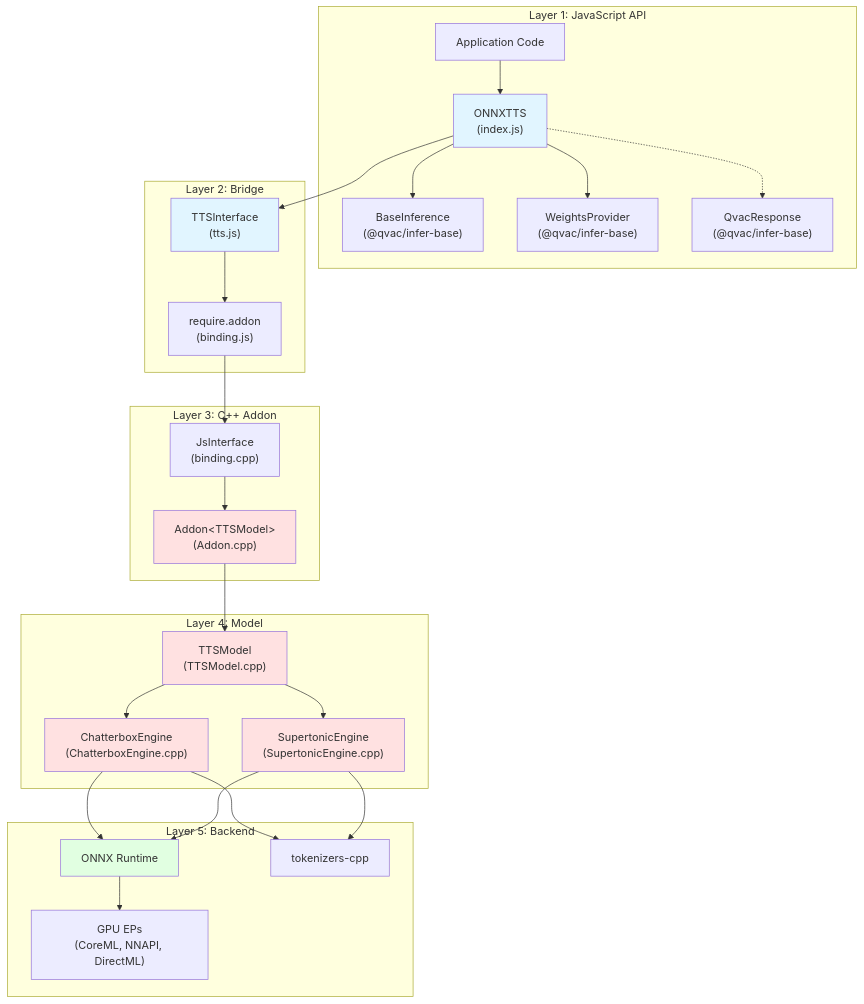
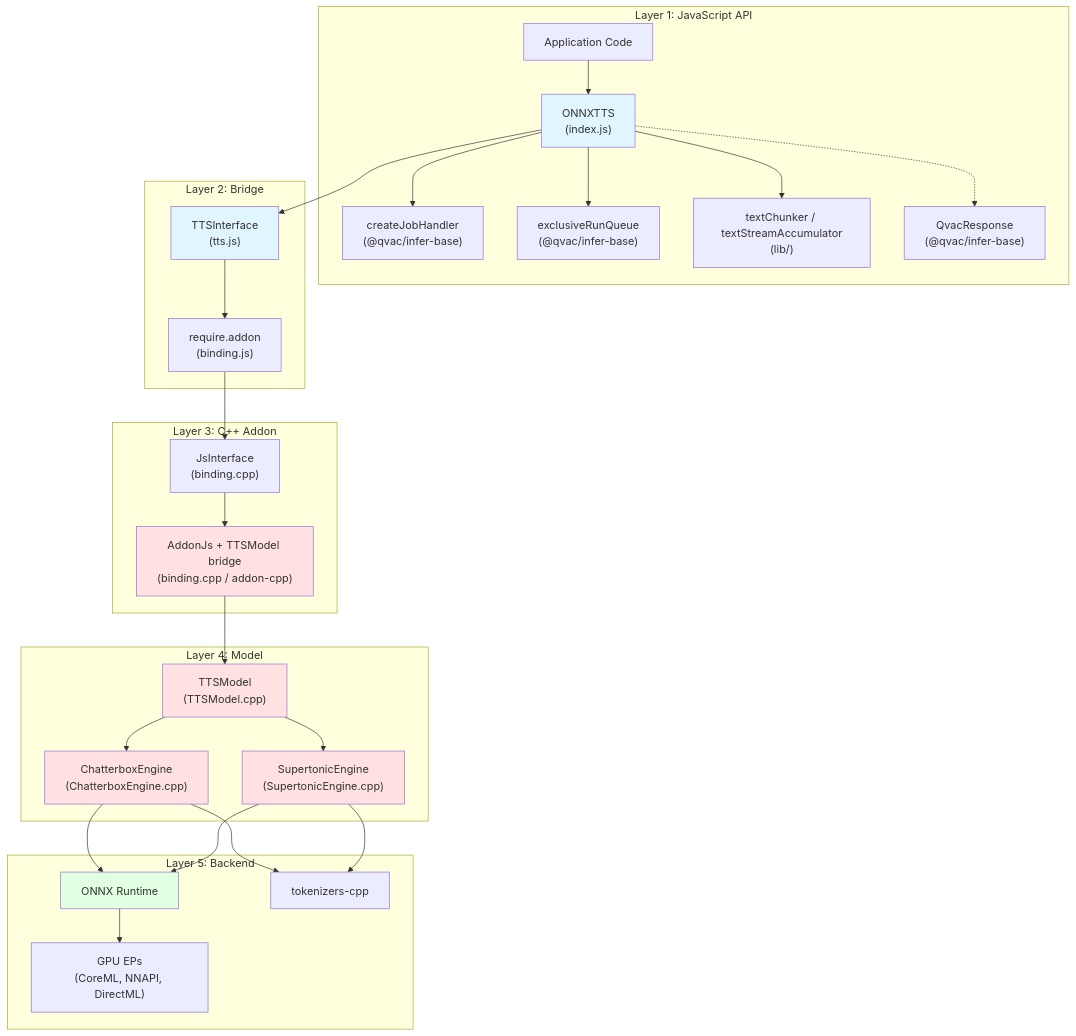
The third of 4 diagrams in packages/tts-onnx/docs/architecture.md (tetherto/qvac), drawn with Mermaid before and after one commit. The commit also changed other lines of this file and 7 other files, not shown here.

First line of the commit message:
doc: refresh inference addon architecture docs

````diff
--- a/packages/tts-onnx/docs/architecture.md
+++ b/packages/tts-onnx/docs/architecture.md
@@ -228,61 +228,63 @@
 ```mermaid
 graph TB
     subgraph "Layer 1: JavaScript API"
         APP["Application Code"]
         TTSCLASS["ONNXTTS<br/>(index.js)"]
-        BASEINF["BaseInference<br/>(@qvac/infer-base)"]
-        WEIGHTSPR["WeightsProvider<br/>(@qvac/infer-base)"]
+        JOBH["createJobHandler<br/>(@qvac/infer-base)"]
+        RUNQ["exclusiveRunQueue<br/>(@qvac/infer-base)"]
+        CHUNKER["textChunker / textStreamAccumulator<br/>(lib/)"]
         RESPONSE["QvacResponse<br/>(@qvac/infer-base)"]
     end
 
     subgraph "Layer 2: Bridge"
         TTSIF["TTSInterface<br/>(tts.js)"]
         BINDING["require.addon<br/>(binding.js)"]
     end
 
     subgraph "Layer 3: C++ Addon"
         JSINTERFACE["JsInterface<br/>(binding.cpp)"]
-        ADDONTEMPL["Addon&lt;TTSModel&gt;<br/>(Addon.cpp)"]
+        ADDONTEMPL["AddonJs + TTSModel bridge<br/>(binding.cpp / addon-cpp)"]
     end
 
     subgraph "Layer 4: Model"
         TTSMODEL["TTSModel<br/>(TTSModel.cpp)"]
         CHATTERBOX["ChatterboxEngine<br/>(ChatterboxEngine.cpp)"]
         SUPERTONIC["SupertonicEngine<br/>(SupertonicEngine.cpp)"]
     end
 
     subgraph "Layer 5: Backend"
         ONNXRT["ONNX Runtime"]
         TOKENIZERS["tokenizers-cpp"]
         GPU["GPU EPs<br/>(CoreML, NNAPI, DirectML)"]
     end
 
     APP --> TTSCLASS
-    TTSCLASS --> BASEINF
-    TTSCLASS --> WEIGHTSPR
+    TTSCLASS --> JOBH
+    TTSCLASS --> RUNQ
+    TTSCLASS --> CHUNKER
     TTSCLASS --> TTSIF
     TTSCLASS -.-> RESPONSE
 
     TTSIF --> BINDING
     BINDING --> JSINTERFACE
 
     JSINTERFACE --> ADDONTEMPL
     ADDONTEMPL --> TTSMODEL
 
     TTSMODEL --> CHATTERBOX
     TTSMODEL --> SUPERTONIC
     CHATTERBOX --> ONNXRT
     SUPERTONIC --> ONNXRT
     CHATTERBOX --> TOKENIZERS
     SUPERTONIC --> TOKENIZERS
 
     ONNXRT --> GPU
 
     style TTSCLASS fill:#e1f5ff
     style TTSIF fill:#e1f5ff
     style ADDONTEMPL fill:#ffe1e1
     style TTSMODEL fill:#ffe1e1
     style CHATTERBOX fill:#ffe1e1
     style SUPERTONIC fill:#ffe1e1
     style ONNXRT fill:#e1ffe1
 ```
````
